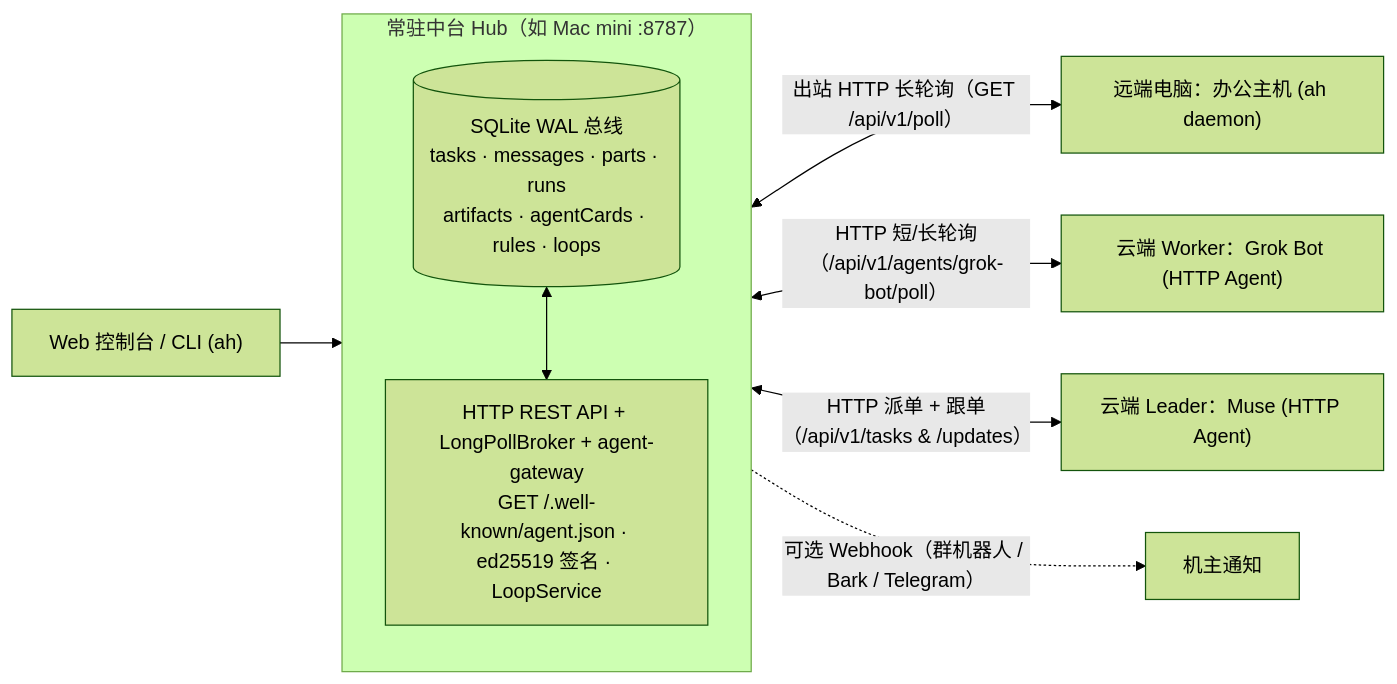
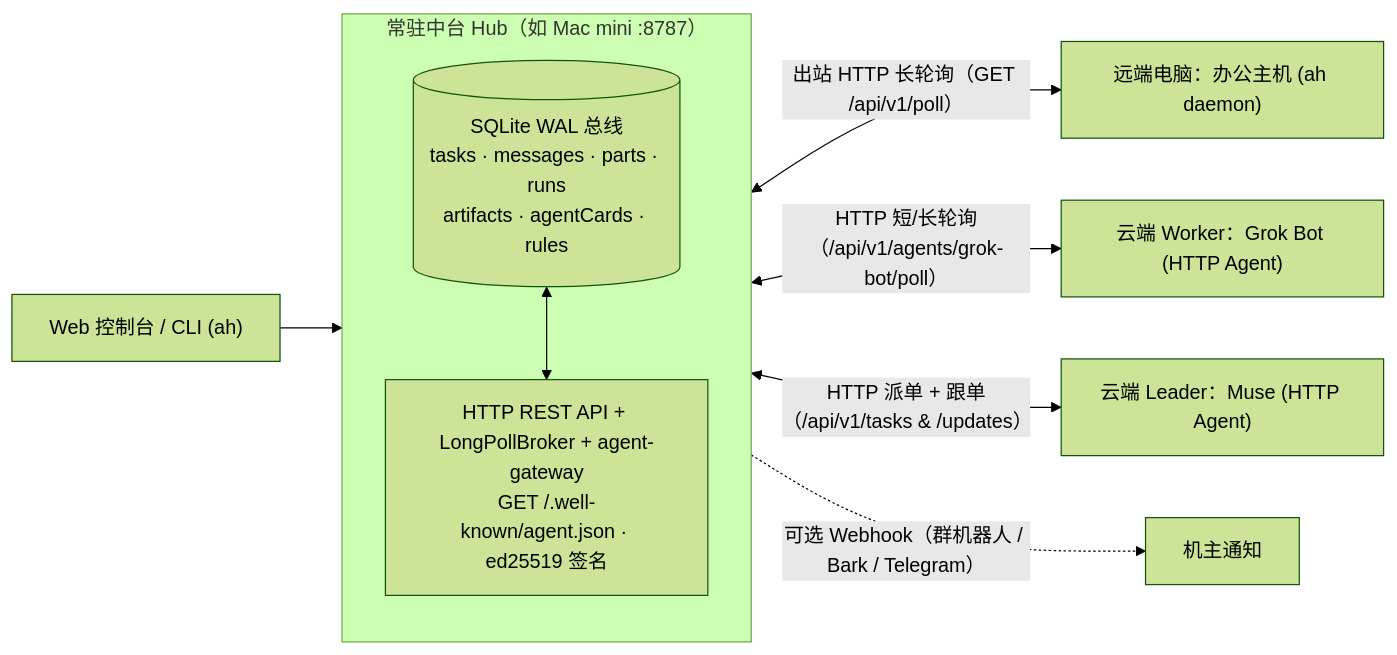
Before and after one commit to backtomyfuture/a2a-hub: the diagram in README.md, drawn with Mermaid (forest theme). The commit also changed other lines of this file and 47 other files, not shown here.

Commit message:
refactor: slim down to lite A2A architecture (remove herdr & LoopForge, add Context_ID session resume & fan-out)

````diff
--- a/README.md
+++ b/README.md
@@ -32,14 +32,14 @@
 ```mermaid
 flowchart LR
     WEB["Web 控制台 / CLI (ah)"] --> HUB
     subgraph HUB["常驻中台 Hub（如 Mac mini :8787）"]
         direction TB
-        SQL[("SQLite WAL 总线\ntasks · messages · parts · runs\nartifacts · agentCards · rules · loops")]
-        API["HTTP REST API + LongPollBroker + agent-gateway\nGET /.well-known/agent.json · ed25519 签名 · LoopService"]
+        SQL[("SQLite WAL 总线\ntasks · messages · parts · runs\nartifacts · agentCards · rules")]
+        API["HTTP REST API + LongPollBroker + agent-gateway\nGET /.well-known/agent.json · ed25519 签名"]
         SQL <--> API
     end
     HUB <-->|"出站 HTTP 长轮询（GET /api/v1/poll）"| N1["远端电脑：办公主机 (ah daemon)"]
     HUB <-->|"HTTP 短/长轮询（/api/v1/agents/grok-bot/poll）"| N2["云端 Worker：Grok Bot (HTTP Agent)"]
     HUB <-->|"HTTP 派单 + 跟单（/api/v1/tasks & /updates）"| N3["云端 Leader：Muse (HTTP Agent)"]
     HUB -.->|"可选 Webhook（群机器人 / Bark / Telegram）"| OWNER["机主通知"]
 ```
````
